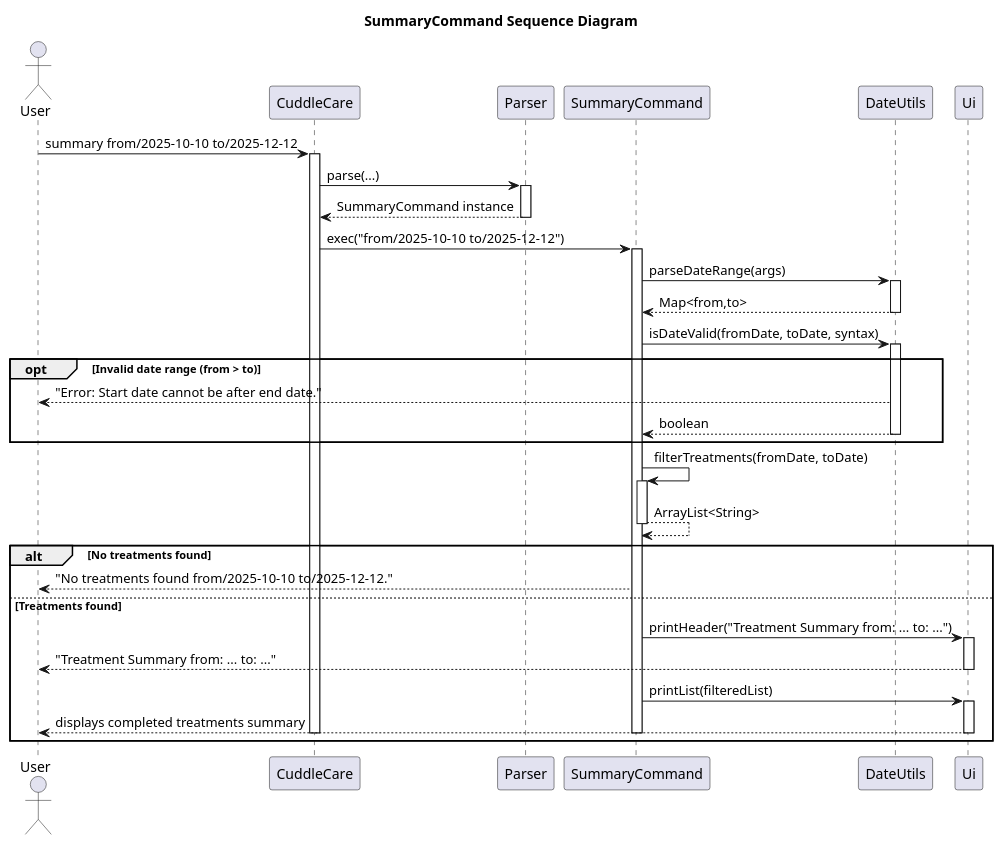
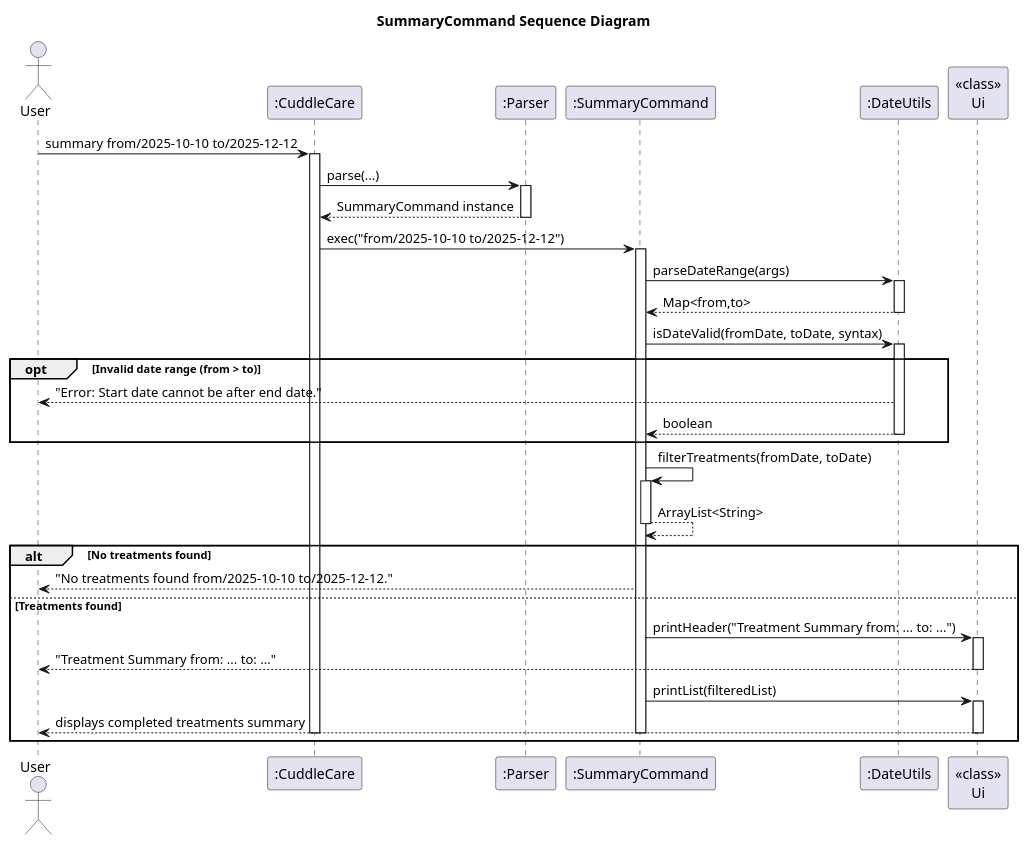
Before and after one commit to Kevin88866/tp: the diagram in docs/uml/SummaryCommandSequence.puml, drawn with PlantUML. The commit also changed 1 other file, not shown here.

Commit message:
Update sequence diagram for SummaryCommand

```diff
--- a/docs/uml/SummaryCommandSequence.puml
+++ b/docs/uml/SummaryCommandSequence.puml
@@ -1,58 +1,58 @@
 @startuml
 title SummaryCommand Sequence Diagram
 
 actor User
-participant "CuddleCare" as CuddleCare
-participant "Parser" as Parser
-participant "SummaryCommand" as Command
-participant "DateUtils" as DateUtils
-participant "Ui" as Ui
+participant ":CuddleCare" as CuddleCare
+participant ":Parser" as Parser
+participant ":SummaryCommand" as Command
+participant ":DateUtils" as DateUtils
+participant "<<class>>\nUi" as Ui
 
 
 User -> CuddleCare: summary from/2025-10-10 to/2025-12-12
 activate CuddleCare
 
 CuddleCare -> Parser: parse(...)
 activate Parser
 Parser --> CuddleCare: SummaryCommand instance
 deactivate Parser
 
 CuddleCare -> Command: exec("from/2025-10-10 to/2025-12-12")
 activate Command
 
 
 Command -> DateUtils: parseDateRange(args)
 activate DateUtils
 DateUtils --> Command: Map<from,to>
 deactivate DateUtils
 
 
 Command -> DateUtils: isDateValid(fromDate, toDate, syntax)
 activate DateUtils
 opt Invalid date range (from > to)
     DateUtils --> User: "Error: Start date cannot be after end date."
     DateUtils --> Command: boolean
     deactivate DateUtils
 end
 
 Command -> Command: filterTreatments(fromDate, toDate)
 activate Command
 Command --> Command: ArrayList<String>
 deactivate Command
 
 
 alt No treatments found
     Command --> User: "No treatments found from/2025-10-10 to/2025-12-12."
 else Treatments found
     Command -> Ui: printHeader("Treatment Summary from: ... to: ...")
     activate Ui
     Ui --> User: "Treatment Summary from: ... to: ..."
     deactivate Ui
     Command -> Ui: printList(filteredList)
     activate Ui
     Ui --> User: displays completed treatments summary
     deactivate Ui
     deactivate Command
     deactivate CuddleCare
 end
 @enduml
```
